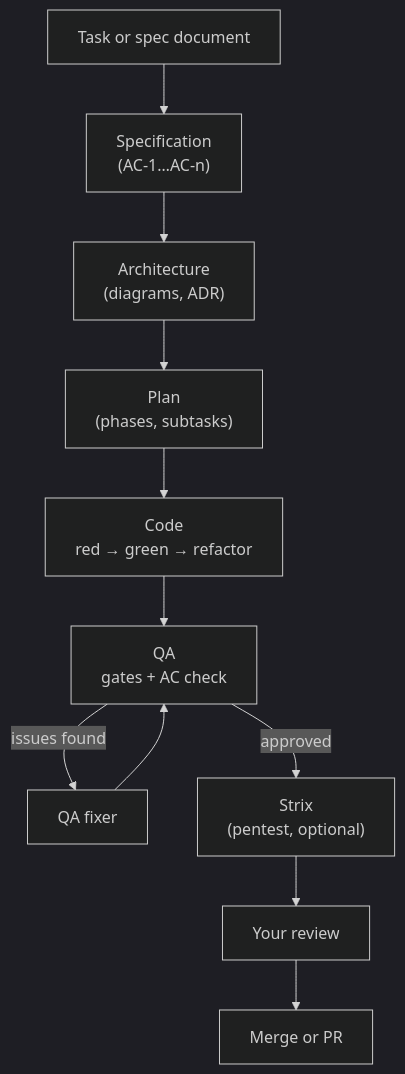
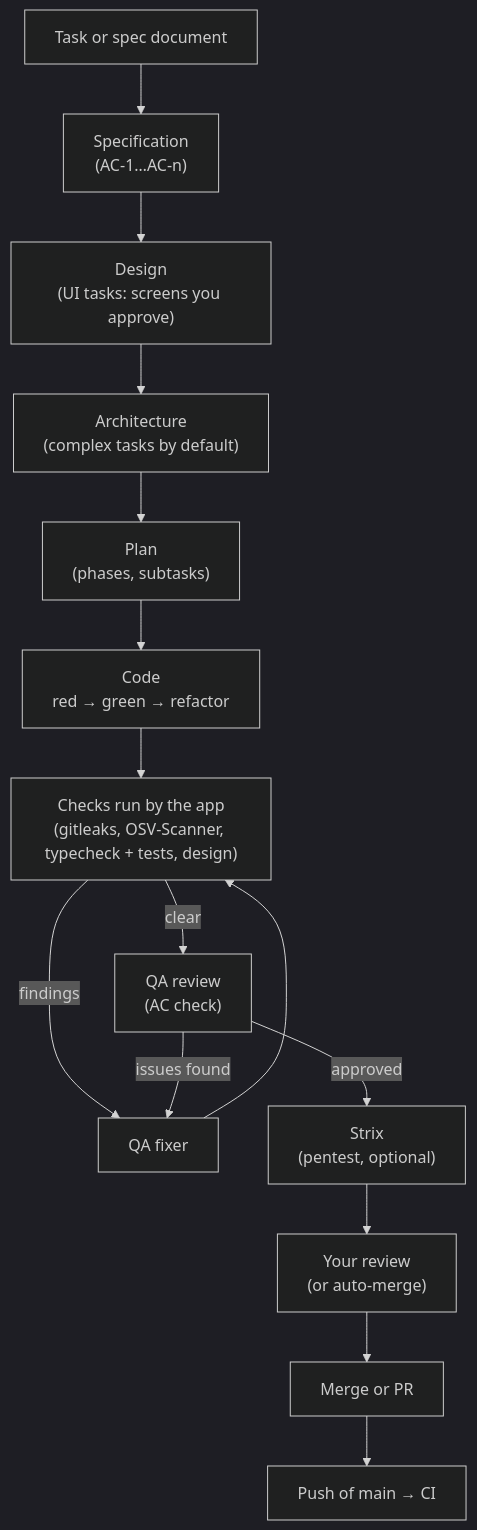
Before and after one commit to KolyaSotnichenko/vibe-teamlead: the diagram in apps/desktop/src/renderer/docs/en/01-overview.md, drawn with Mermaid (dark theme). The commit also changed 3 other files, not shown here.

First line of the commit message:
Docs: pipeline diagrams match the app

````diff
--- a/apps/desktop/src/renderer/docs/en/01-overview.md
+++ b/apps/desktop/src/renderer/docs/en/01-overview.md
@@ -7,13 +7,17 @@
 ```mermaid
 flowchart TD
   A["Task or spec document"] --> B["Specification<br/>(AC-1…AC-n)"]
-  B --> C["Architecture<br/>(diagrams, ADR)"]
-  C --> D["Plan<br/>(phases, subtasks)"]
-  D --> E["Code<br/>red → green → refactor"]
-  E --> F["QA<br/>gates + AC check"]
-  F -->|"issues found"| G["QA fixer"]
-  G --> F
-  F -->|"approved"| H["Strix<br/>(pentest, optional)"]
-  H --> I["Your review"]
-  I --> J["Merge or PR"]
+  B --> C["Design<br/>(UI tasks: screens you approve)"]
+  C --> D["Architecture<br/>(complex tasks by default)"]
+  D --> E["Plan<br/>(phases, subtasks)"]
+  E --> F["Code<br/>red → green → refactor"]
+  F --> V["Checks run by the app<br/>(gitleaks, OSV-Scanner, typecheck + tests, design)"]
+  V -->|"clear"| G["QA review<br/>(AC check)"]
+  V -->|"findings"| H
+  G -->|"issues found"| H["QA fixer"]
+  H --> V
+  G -->|"approved"| S["Strix<br/>(pentest, optional)"]
+  S --> R["Your review<br/>(or auto-merge)"]
+  R --> M["Merge or PR"]
+  M --> CI["Push of main → CI"]
 ```
````
